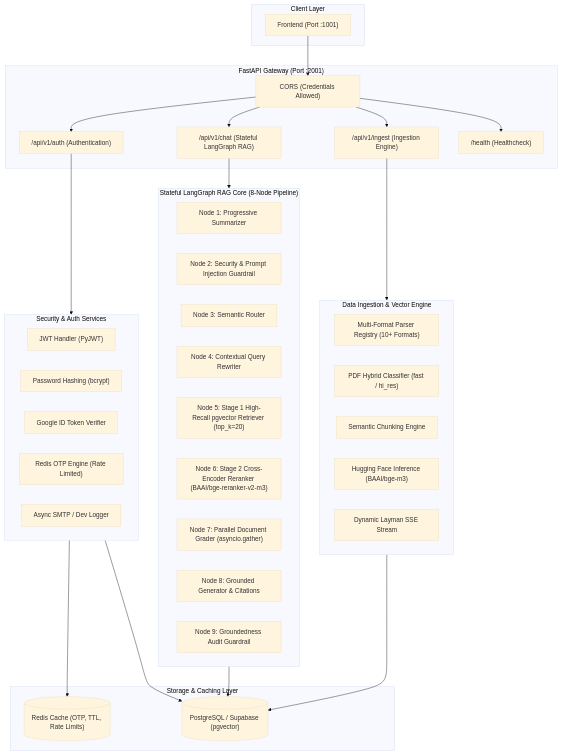
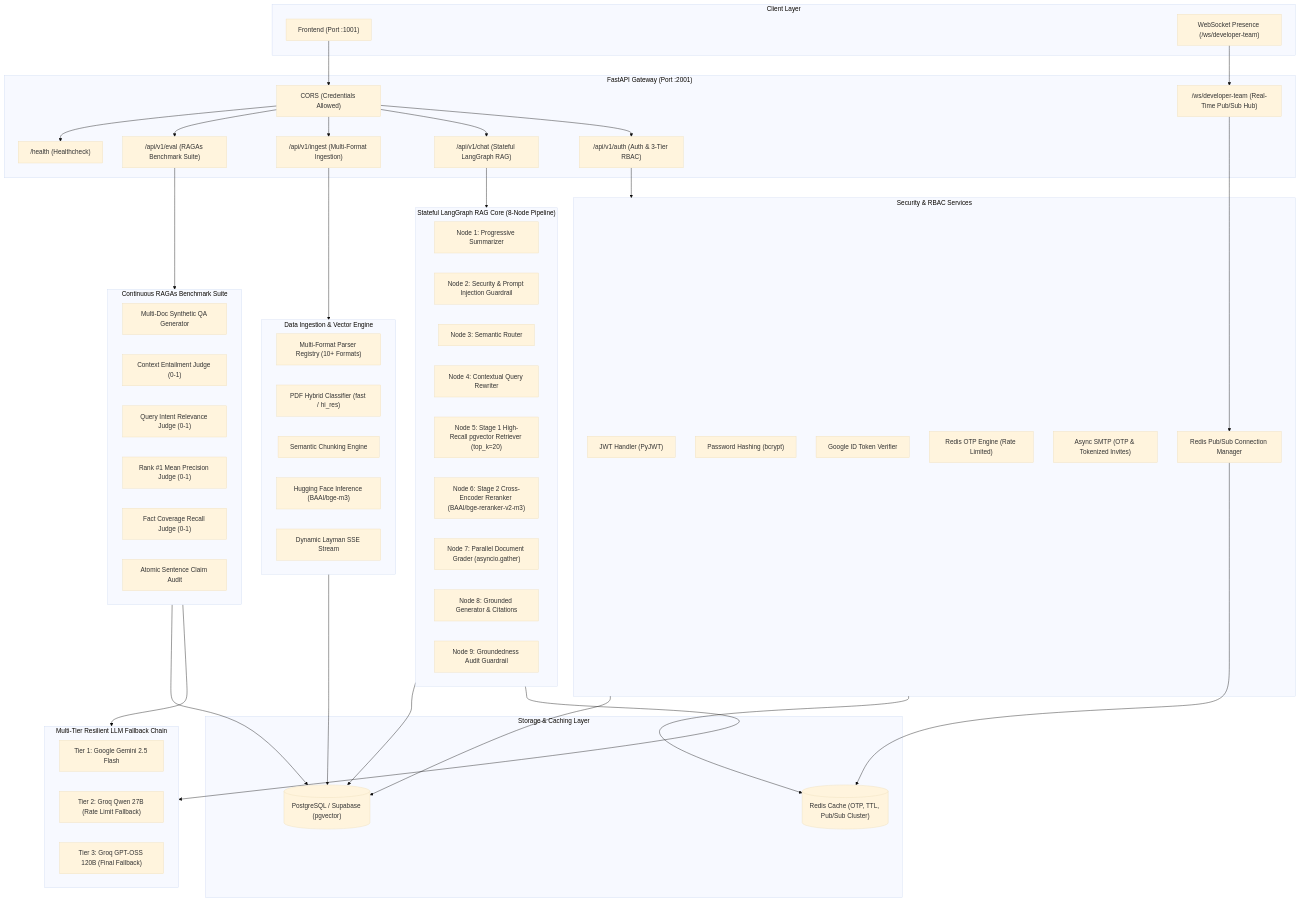
One commit to ShubhamPrajapati1402/rag_backend changed the diagram in README.md. Above: the diagram before and after it, drawn with Mermaid (base theme). The commit also changed other lines of this file and 4 other files, not shown here.

Commit message:
feat: add auth router, RAGAs evaluation suite, and WebSocket-based real-time communication hub

````diff
--- a/README.md
+++ b/README.md
@@ -10,22 +10,32 @@
 flowchart TB
     subgraph ClientLayer ["Client Layer"]
         Frontend["Frontend (Port :1001)"]
+        WebSocketClient["WebSocket Presence (/ws/developer-team)"]
     end
 
     subgraph APILayer ["FastAPI Gateway (Port :2001)"]
         CORSMiddleware["CORS (Credentials Allowed)"]
-        AuthRouter["/api/v1/auth (Authentication)"]
+        AuthRouter["/api/v1/auth (Auth & 3-Tier RBAC)"]
         ChatRouter["/api/v1/chat (Stateful LangGraph RAG)"]
-        IngestRouter["/api/v1/ingest (Ingestion Engine)"]
+        IngestRouter["/api/v1/ingest (Multi-Format Ingestion)"]
+        EvalRouter["/api/v1/eval (RAGAs Benchmark Suite)"]
+        WSRouter["/ws/developer-team (Real-Time Pub/Sub Hub)"]
         HealthRouter["/health (Healthcheck)"]
     end
 
-    subgraph SecurityServices ["Security & Auth Services"]
+    subgraph SecurityServices ["Security & RBAC Services"]
         JWTService["JWT Handler (PyJWT)"]
         BcryptHandler["Password Hashing (bcrypt)"]
         GoogleOAuth["Google ID Token Verifier"]
         OTPManager["Redis OTP Engine (Rate Limited)"]
-        EmailService["Async SMTP / Dev Logger"]
+        EmailService["Async SMTP (OTP & Tokenized Invites)"]
+        WSManager["Redis Pub/Sub Connection Manager"]
+    end
+
+    subgraph LLMChain ["Multi-Tier Resilient LLM Fallback Chain"]
+        Tier1["Tier 1: Google Gemini 2.5 Flash"]
+        Tier2["Tier 2: Groq Qwen 27B (Rate Limit Fallback)"]
+        Tier3["Tier 3: Groq GPT-OSS 120B (Final Fallback)"]
     end
 
     subgraph AgenticRAG ["Stateful LangGraph RAG Core (8-Node Pipeline)"]
@@ -48,24 +58,42 @@
         LiveIngestStream["Dynamic Layman SSE Stream"]
     end
 
+    subgraph EvaluationSuite ["Continuous RAGAs Benchmark Suite"]
+        QAGenerator["Multi-Doc Synthetic QA Generator"]
+        FaithfulnessJudge["Context Entailment Judge (0-1)"]
+        RelevanceJudge["Query Intent Relevance Judge (0-1)"]
+        PrecisionJudge["Rank #1 Mean Precision Judge (0-1)"]
+        RecallJudge["Fact Coverage Recall Judge (0-1)"]
+        ClaimsAudit["Atomic Sentence Claim Audit"]
+    end
+
     subgraph DataLayer ["Storage & Caching Layer"]
         PostgreSQL[("PostgreSQL / Supabase (pgvector)")]
-        RedisStore[("Redis Cache (OTP, TTL, Rate Limits)")]
+        RedisStore[("Redis Cache (OTP, TTL, Pub/Sub Cluster)")]
     end
 
     Frontend --> CORSMiddleware
+    WebSocketClient --> WSRouter
     CORSMiddleware --> AuthRouter
     CORSMiddleware --> ChatRouter
     CORSMiddleware --> IngestRouter
+    CORSMiddleware --> EvalRouter
     CORSMiddleware --> HealthRouter
 
     AuthRouter --> SecurityServices
     SecurityServices --> RedisStore
     SecurityServices --> PostgreSQL
+    WSRouter --> WSManager
+    WSManager --> RedisStore
 
     ChatRouter --> AgenticRAG
+    AgenticRAG --> LLMChain
     AgenticRAG --> PostgreSQL
 
     IngestRouter --> IngestionPipeline
     IngestionPipeline --> PostgreSQL
+
+    EvalRouter --> EvaluationSuite
+    EvaluationSuite --> LLMChain
+    EvaluationSuite --> PostgreSQL
 ```
````
